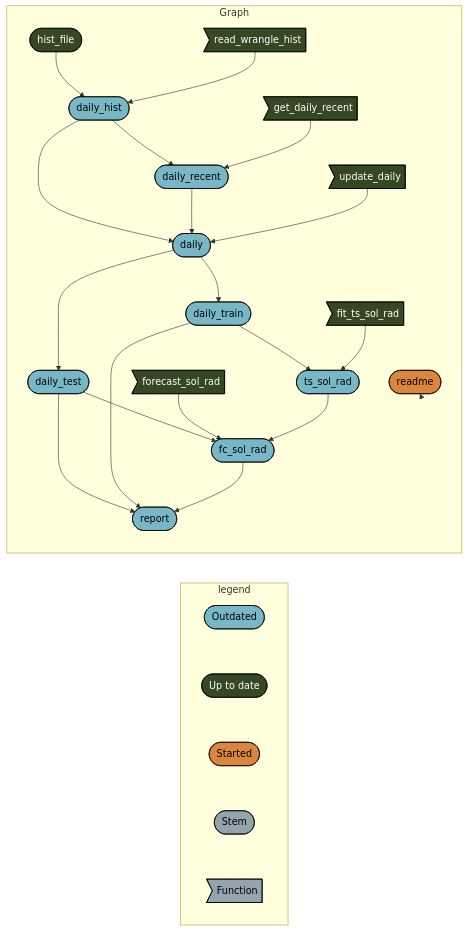
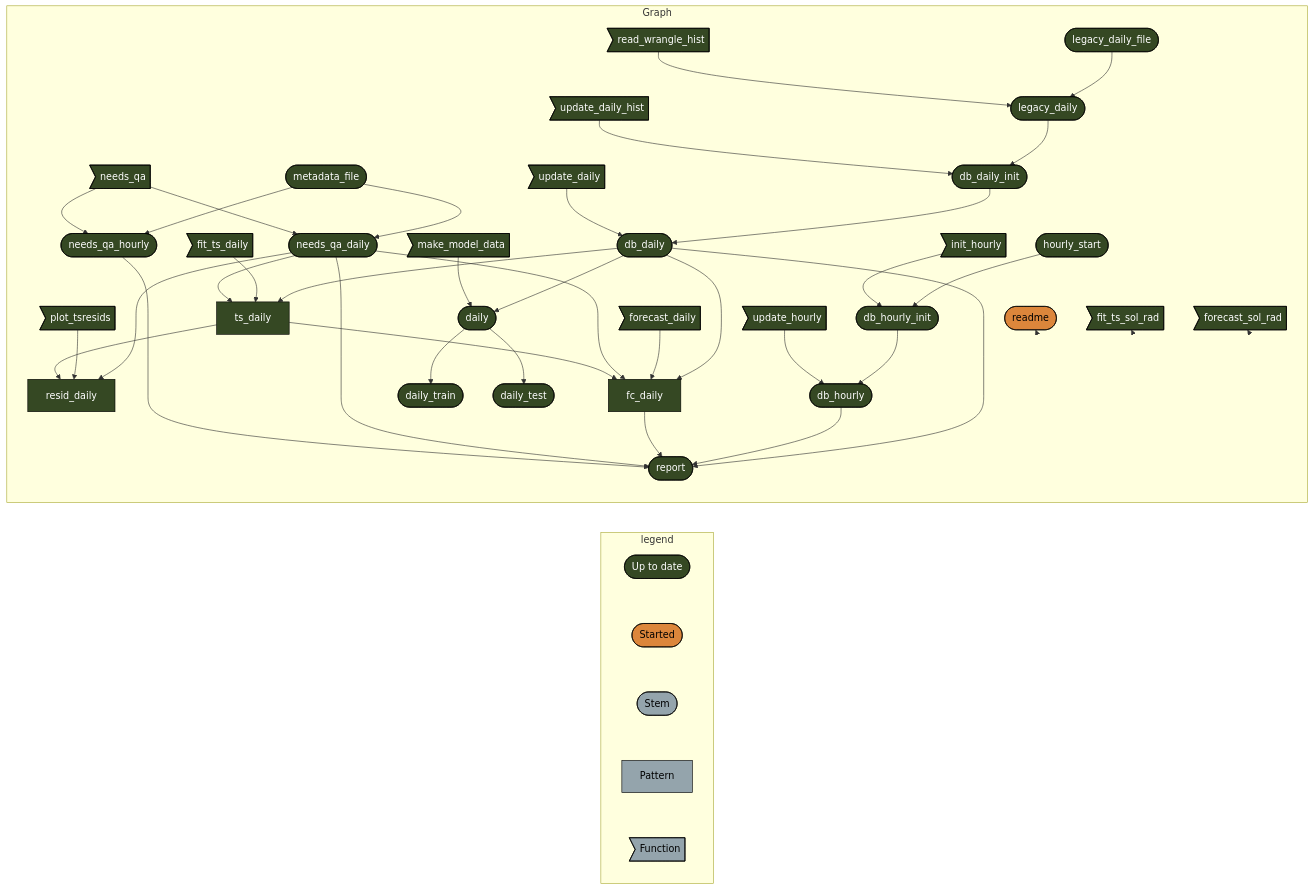
Before and after one commit to uace-azmet/azmet-forecast-qa: the diagram in README.md, drawn with Mermaid. The commit also changed other lines of this file and 5 other files, not shown here.

````diff
--- a/README.md
+++ b/README.md
@@ -31,38 +31,57 @@
 ``` mermaid
 graph LR
   subgraph legend
-    x0a52b03877696646([""Outdated""]):::outdated --- x7420bd9270f8d27d([""Up to date""]):::uptodate
     x7420bd9270f8d27d([""Up to date""]):::uptodate --- x5b3426b4c7fa7dbc([""Started""]):::started
     x5b3426b4c7fa7dbc([""Started""]):::started --- xbf4603d6c2c2ad6b([""Stem""]):::none
-    xbf4603d6c2c2ad6b([""Stem""]):::none --- xf0bce276fe2b9d3e>""Function""]:::none
+    xbf4603d6c2c2ad6b([""Stem""]):::none --- x70a5fa6bea6f298d[""Pattern""]:::none
+    x70a5fa6bea6f298d[""Pattern""]:::none --- xf0bce276fe2b9d3e>""Function""]:::none
   end
   subgraph Graph
-    x560d2f9acfe7747b(["hist_file"]):::uptodate --> xcb07ddaf135ab507(["daily_hist"]):::outdated
-    x842666df821db265>"read_wrangle_hist"]:::uptodate --> xcb07ddaf135ab507(["daily_hist"]):::outdated
-    x6233d5fdb54d5242(["daily"]):::outdated --> x9a0acd6e842eb2f0(["daily_train"]):::outdated
-    x7b318303b239462b(["daily_test"]):::outdated --> xe0fba61fbc506510(["report"]):::outdated
-    x9a0acd6e842eb2f0(["daily_train"]):::outdated --> xe0fba61fbc506510(["report"]):::outdated
-    x2e2c913cb86ee34e(["fc_sol_rad"]):::outdated --> xe0fba61fbc506510(["report"]):::outdated
-    xcb07ddaf135ab507(["daily_hist"]):::outdated --> x6233d5fdb54d5242(["daily"]):::outdated
-    x84a5bd81bfb0b714(["daily_recent"]):::outdated --> x6233d5fdb54d5242(["daily"]):::outdated
-    xed180ed90a78526a>"update_daily"]:::uptodate --> x6233d5fdb54d5242(["daily"]):::outdated
-    x9a0acd6e842eb2f0(["daily_train"]):::outdated --> xc9de046aea785dc2(["ts_sol_rad"]):::outdated
-    xcc4a333b0a3d9708>"fit_ts_sol_rad"]:::uptodate --> xc9de046aea785dc2(["ts_sol_rad"]):::outdated
-    xcb07ddaf135ab507(["daily_hist"]):::outdated --> x84a5bd81bfb0b714(["daily_recent"]):::outdated
-    xbc27cd57aa2a1d74>"get_daily_recent"]:::uptodate --> x84a5bd81bfb0b714(["daily_recent"]):::outdated
-    x7b318303b239462b(["daily_test"]):::outdated --> x2e2c913cb86ee34e(["fc_sol_rad"]):::outdated
-    x9b63e5b64de3fce2>"forecast_sol_rad"]:::uptodate --> x2e2c913cb86ee34e(["fc_sol_rad"]):::outdated
-    xc9de046aea785dc2(["ts_sol_rad"]):::outdated --> x2e2c913cb86ee34e(["fc_sol_rad"]):::outdated
-    x6233d5fdb54d5242(["daily"]):::outdated --> x7b318303b239462b(["daily_test"]):::outdated
+    x44bd6feeb3fb18b4(["db_daily"]):::uptodate --> x8ce8b31c737a2473["ts_daily"]:::uptodate
+    x4db87fff7f74933b>"fit_ts_daily"]:::uptodate --> x8ce8b31c737a2473["ts_daily"]:::uptodate
+    xdfae9ea4e5207cef(["needs_qa_daily"]):::uptodate --> x8ce8b31c737a2473["ts_daily"]:::uptodate
+    x1920bdb737e11d2e(["legacy_daily_file"]):::uptodate --> xff9b736edef41c8b(["legacy_daily"]):::uptodate
+    x842666df821db265>"read_wrangle_hist"]:::uptodate --> xff9b736edef41c8b(["legacy_daily"]):::uptodate
+    xdfae9ea4e5207cef(["needs_qa_daily"]):::uptodate --> x0bb4ecca77d3d4a0["resid_daily"]:::uptodate
+    x10e889bcd8b0fd60>"plot_tsresids"]:::uptodate --> x0bb4ecca77d3d4a0["resid_daily"]:::uptodate
+    x8ce8b31c737a2473["ts_daily"]:::uptodate --> x0bb4ecca77d3d4a0["resid_daily"]:::uptodate
+    x1cab041545db0886(["db_daily_init"]):::uptodate --> x44bd6feeb3fb18b4(["db_daily"]):::uptodate
+    xed180ed90a78526a>"update_daily"]:::uptodate --> x44bd6feeb3fb18b4(["db_daily"]):::uptodate
+    x3d7b2a2ab5636113(["metadata_file"]):::uptodate --> xac2ac35653724b54(["needs_qa_hourly"]):::uptodate
+    x06ab7116eed66f15>"needs_qa"]:::uptodate --> xac2ac35653724b54(["needs_qa_hourly"]):::uptodate
+    xba07353683c5dbf8(["db_hourly_init"]):::uptodate --> xf4a7af7aeef4f182(["db_hourly"]):::uptodate
+    x967af66f8b51e317>"update_hourly"]:::uptodate --> xf4a7af7aeef4f182(["db_hourly"]):::uptodate
+    x44bd6feeb3fb18b4(["db_daily"]):::uptodate --> x6233d5fdb54d5242(["daily"]):::uptodate
+    x5618af51994d1c2d>"make_model_data"]:::uptodate --> x6233d5fdb54d5242(["daily"]):::uptodate
+    x44bd6feeb3fb18b4(["db_daily"]):::uptodate --> xdd96ec4b0bb5ab6b["fc_daily"]:::uptodate
+    x4bc7352f98499683>"forecast_daily"]:::uptodate --> xdd96ec4b0bb5ab6b["fc_daily"]:::uptodate
+    xdfae9ea4e5207cef(["needs_qa_daily"]):::uptodate --> xdd96ec4b0bb5ab6b["fc_daily"]:::uptodate
+    x8ce8b31c737a2473["ts_daily"]:::uptodate --> xdd96ec4b0bb5ab6b["fc_daily"]:::uptodate
+    xd1a6dd314cda4831(["hourly_start"]):::uptodate --> xba07353683c5dbf8(["db_hourly_init"]):::uptodate
+    x7a5743c959c496f9>"init_hourly"]:::uptodate --> xba07353683c5dbf8(["db_hourly_init"]):::uptodate
+    x6233d5fdb54d5242(["daily"]):::uptodate --> x9a0acd6e842eb2f0(["daily_train"]):::uptodate
+    x3d7b2a2ab5636113(["metadata_file"]):::uptodate --> xdfae9ea4e5207cef(["needs_qa_daily"]):::uptodate
+    x06ab7116eed66f15>"needs_qa"]:::uptodate --> xdfae9ea4e5207cef(["needs_qa_daily"]):::uptodate
+    x44bd6feeb3fb18b4(["db_daily"]):::uptodate --> xe0fba61fbc506510(["report"]):::uptodate
+    xf4a7af7aeef4f182(["db_hourly"]):::uptodate --> xe0fba61fbc506510(["report"]):::uptodate
+    xdd96ec4b0bb5ab6b["fc_daily"]:::uptodate --> xe0fba61fbc506510(["report"]):::uptodate
+    xdfae9ea4e5207cef(["needs_qa_daily"]):::uptodate --> xe0fba61fbc506510(["report"]):::uptodate
+    xac2ac35653724b54(["needs_qa_hourly"]):::uptodate --> xe0fba61fbc506510(["report"]):::uptodate
+    x6233d5fdb54d5242(["daily"]):::uptodate --> x7b318303b239462b(["daily_test"]):::uptodate
+    xff9b736edef41c8b(["legacy_daily"]):::uptodate --> x1cab041545db0886(["db_daily_init"]):::uptodate
+    x8b3096a190996662>"update_daily_hist"]:::uptodate --> x1cab041545db0886(["db_daily_init"]):::uptodate
     x6e52cb0f1668cc22(["readme"]):::started --> x6e52cb0f1668cc22(["readme"]):::started
+    xcc4a333b0a3d9708>"fit_ts_sol_rad"]:::uptodate --> xcc4a333b0a3d9708>"fit_ts_sol_rad"]:::uptodate
+    x9b63e5b64de3fce2>"forecast_sol_rad"]:::uptodate --> x9b63e5b64de3fce2>"forecast_sol_rad"]:::uptodate
   end
-  classDef outdated stroke:#000000,color:#000000,fill:#78B7C5;
   classDef uptodate stroke:#000000,color:#ffffff,fill:#354823;
   classDef started stroke:#000000,color:#000000,fill:#DC863B;
   classDef none stroke:#000000,color:#000000,fill:#94a4ac;
   linkStyle 0 stroke-width:0px;
   linkStyle 1 stroke-width:0px;
   linkStyle 2 stroke-width:0px;
   linkStyle 3 stroke-width:0px;
-  linkStyle 21 stroke-width:0px;
+  linkStyle 37 stroke-width:0px;
+  linkStyle 38 stroke-width:0px;
+  linkStyle 39 stroke-width:0px;
 ```
````
